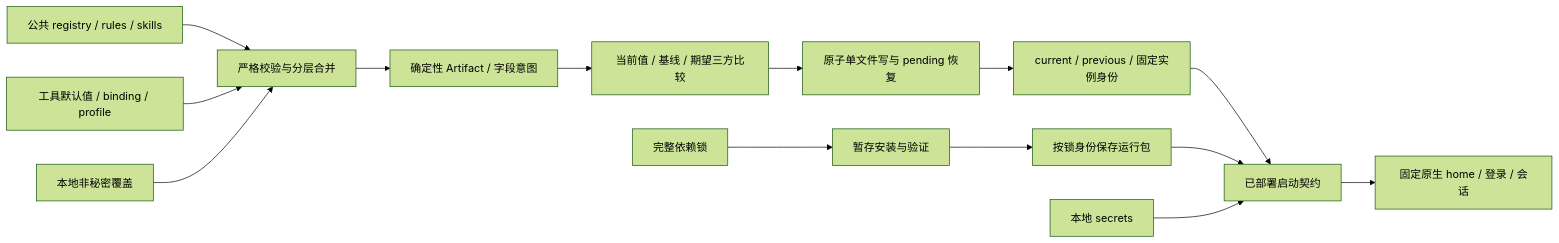
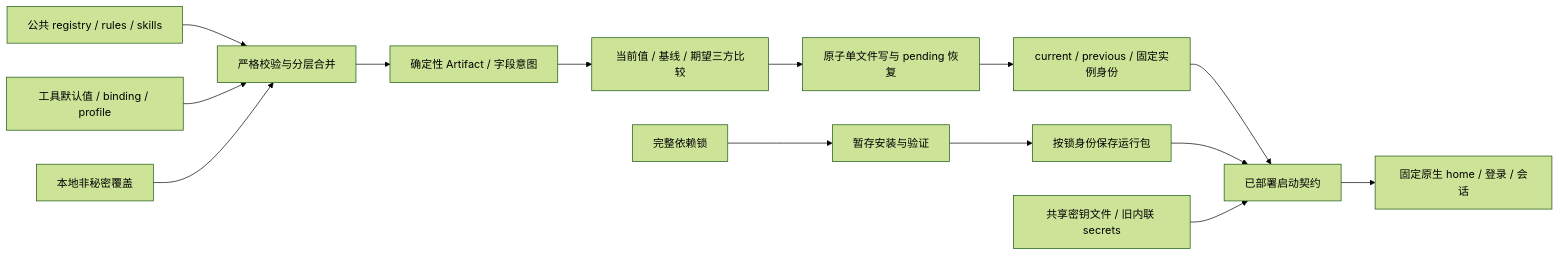
Before and after one commit to aniolgamarie/rotom: the first of 2 diagrams in docs/architecture.md, drawn with Mermaid (forest theme). The commit also changed other lines of this file and 182 other files, not shown here.

````diff
--- a/docs/architecture.md
+++ b/docs/architecture.md
@@ -3,16 +31,16 @@
 ```mermaid
 flowchart LR
   Git[公共 registry / rules / skills] --> Resolve[严格校验与分层合并]
   Agent[工具默认值 / binding / profile] --> Resolve
   Local[本地非秘密覆盖] --> Resolve
   Resolve --> Render[确定性 Artifact / 字段意图]
   Render --> Plan[当前值 / 基线 / 期望三方比较]
   Plan --> Apply[原子单文件写与 pending 恢复]
   Apply --> State[current / previous / 固定实例身份]
   Lock[完整依赖锁] --> Sync[暂存安装与验证]
   Sync --> Runtime[按锁身份保存运行包]
   State --> Run[已部署启动契约]
   Runtime --> Run
-  Secrets[本地 secrets] --> Run
+  Secrets[共享密钥文件 / 旧内联 secrets] --> Run
   Run --> Native[固定原生 home / 登录 / 会话]
 ```
````
